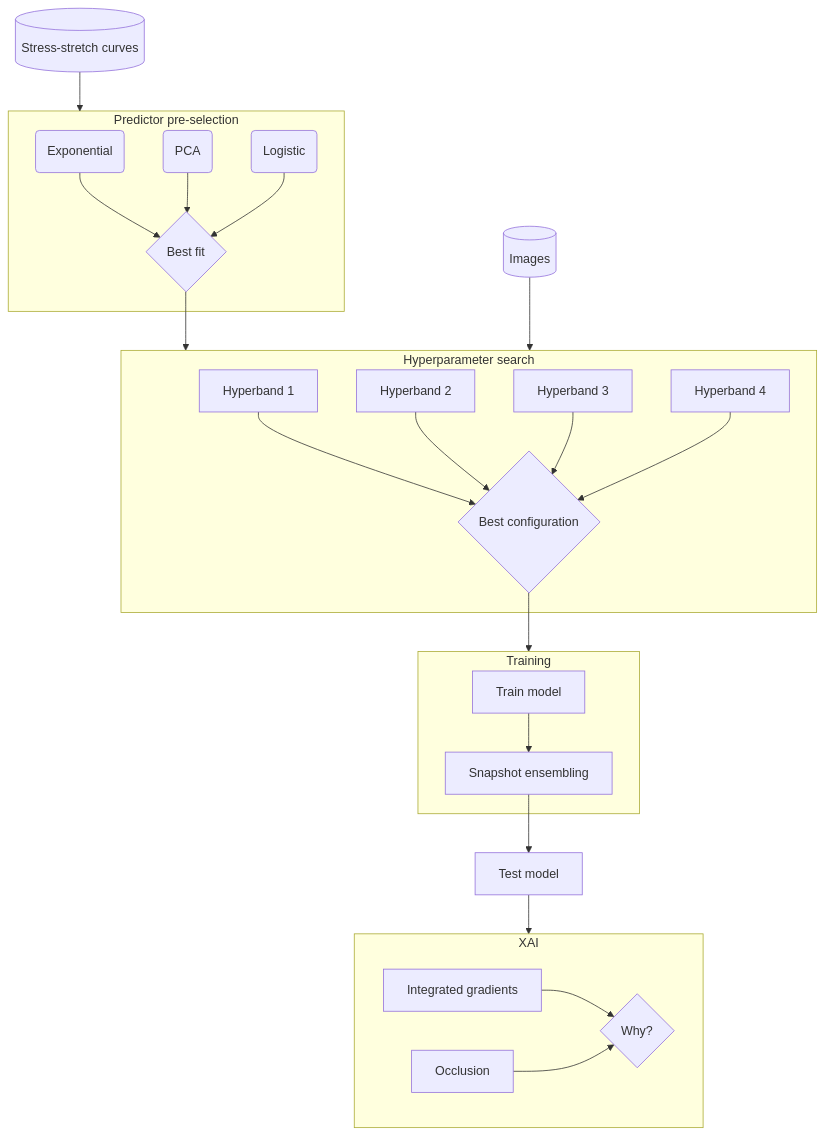
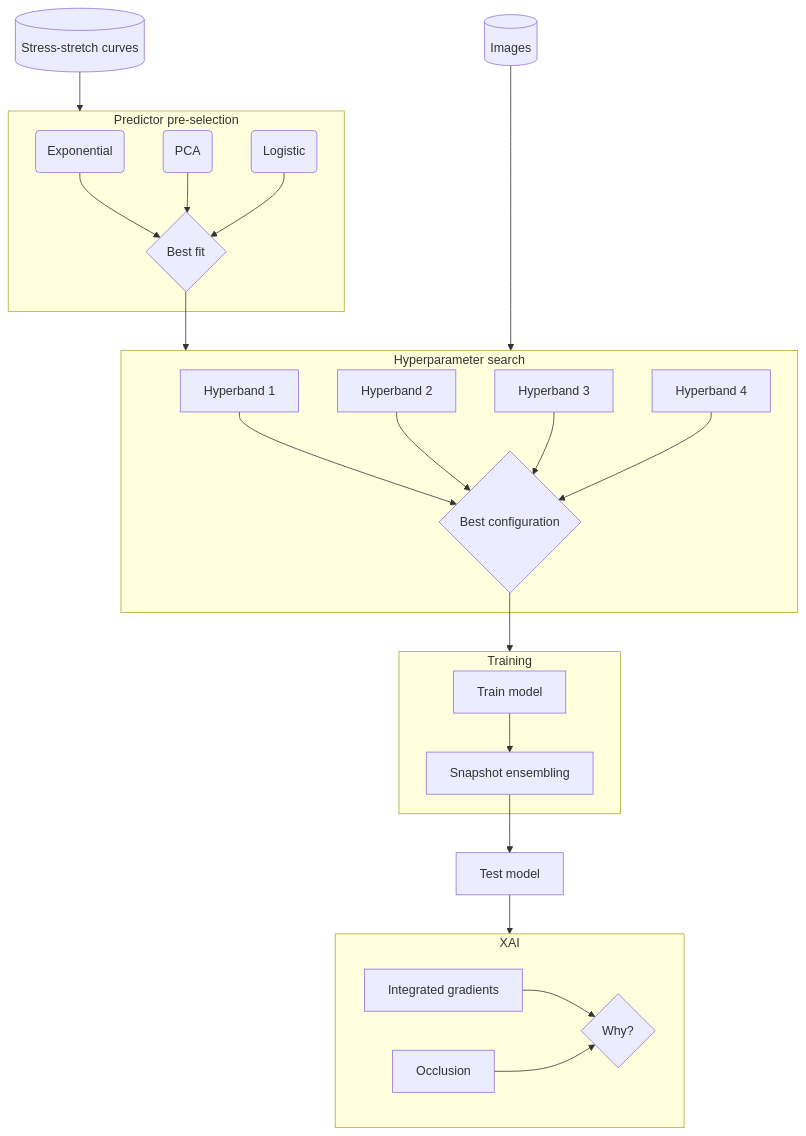
One commit to siemdejong/mscthesis changed the diagram in mermaid/skin_analysis.mmd. Above: the diagram before and after it, drawn with Mermaid. The commit also changed 1 other file, not shown here.

```diff
--- a/mermaid/skin_analysis.mmd
+++ b/mermaid/skin_analysis.mmd
@@ -1,53 +1,53 @@
 %%{init: {'theme':'default', flowchart: {'htmlLabels': false}}}%%
 
 flowchart TB
     %% nodes
 
     curves[(Stress-stretch curves)]
 
     subgraph predictor_pre_selection[Predictor pre-selection]
         exp(Exponential)
         pca(PCA)
         logistic(Logistic)
         best_fit{Best fit}
     end
 
 
     images[(Images)]
 
     subgraph hparam_search[Hyperparameter search]
         study1[Hyperband 1]
         study2[Hyperband 2]
         study3[Hyperband 3]
         study4[Hyperband 4]
         best_config{Best configuration}
     end
 
     subgraph training[Training]
         train[Train model]
         ensemble[Snapshot ensembling]
     end
 
     test[Test model]
 
     subgraph xai[XAI]
         ig[Integrated gradients]
         occ[Occlusion]
         why{Why?}
     end
 
     %% Connections
 
     %% curves --> exp & pca & logistic
     curves --> predictor_pre_selection
     exp & pca & logistic --> best_fit
     %% best_fit --> study1 & study2 & study3 & study4
     best_fit --> hparam_search
     %% images --> study1 & study2 & study3 & study4
-    images --> hparam_search
+    images ----> hparam_search
     study1 & study2 & study3 & study4 --> best_config
     best_config --> training
     train --> ensemble
     ensemble --> test
     test --> xai
     ig & occ --> why
```
